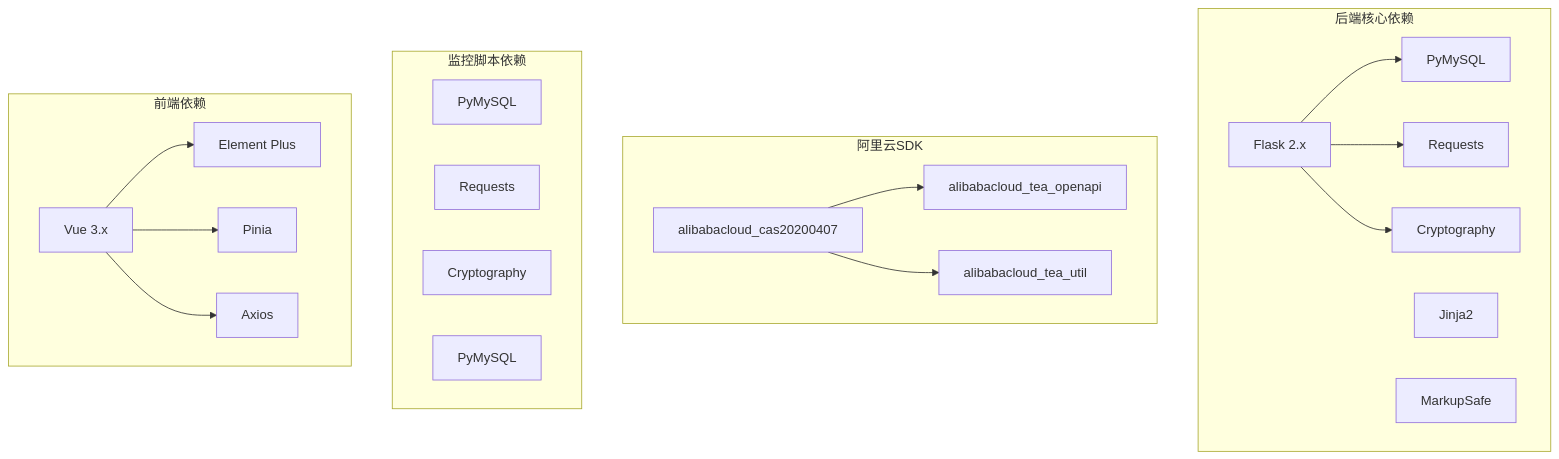
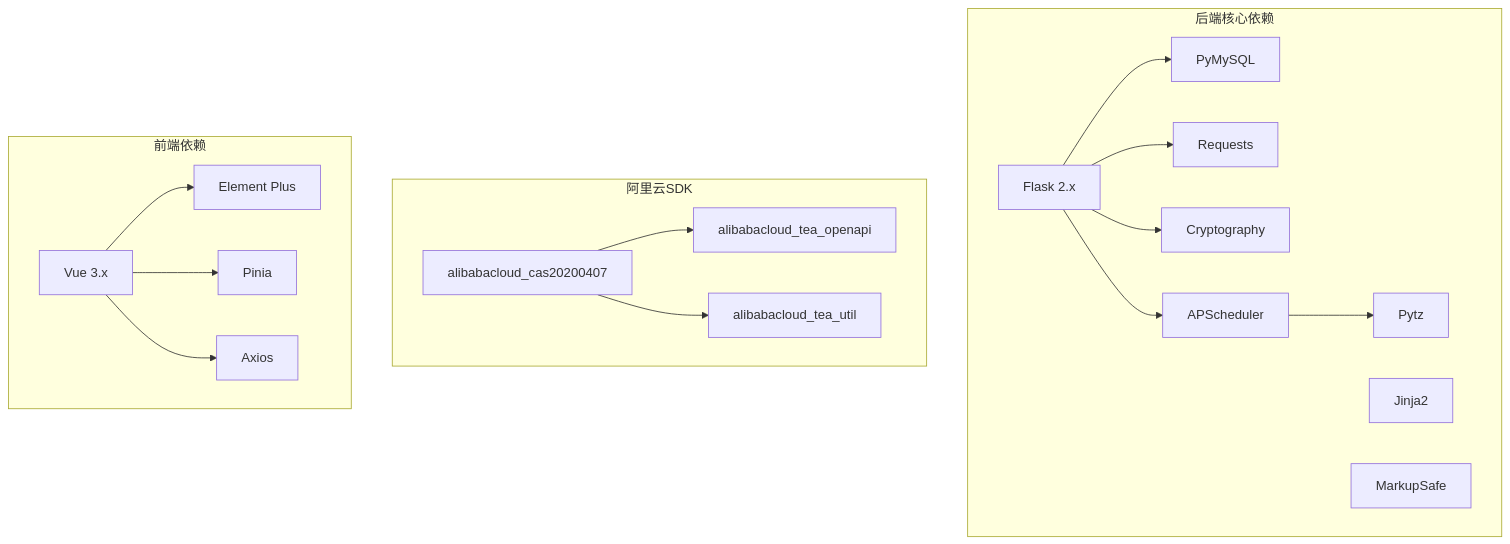
Diagram 13 of 13 in .qoder/repowiki/zh/content/核心功能模块/SSL证书管理系统.md (ismine3/OPS), drawn with Mermaid before and after one commit. The commit also changed other lines of this file and 5 other files, not shown here.

````diff
--- a/.qoder/repowiki/zh/content/核心功能模块/SSL证书管理系统.md
+++ b/.qoder/repowiki/zh/content/核心功能模块/SSL证书管理系统.md
@@ -566,36 +680,34 @@
 ```mermaid
 graph TB
 subgraph "后端核心依赖"
 Flask[Flask 2.x]
 PyMySQL[PyMySQL]
 Requests[Requests]
 Cryptography[Cryptography]
 Jinja2[Jinja2]
 MarkupSafe[MarkupSafe]
+APScheduler[APScheduler]
+Pytz[Pytz]
 end
 subgraph "阿里云SDK"
 AlibabaCAS[alibabacloud_cas20200407]
 TeaOpenAPI[alibabacloud_tea_openapi]
 TeaUtil[alibabacloud_tea_util]
-end
-subgraph "监控脚本依赖"
-PyMySQLMon[PyMySQL]
-RequestsMon[Requests]
-CryptoMon[Cryptography]
-Pymysql[PyMySQL]
 end
 subgraph "前端依赖"
 Vue3[Vue 3.x]
 ElementPlus[Element Plus]
 Pinia[Pinia]
 Axios[Axios]
 end
 Flask --> PyMySQL
 Flask --> Requests
 Flask --> Cryptography
+Flask --> APScheduler
+APScheduler --> Pytz
 AlibabaCAS --> TeaOpenAPI
 AlibabaCAS --> TeaUtil
 Vue3 --> ElementPlus
 Vue3 --> Pinia
 Vue3 --> Axios
 ```
````
